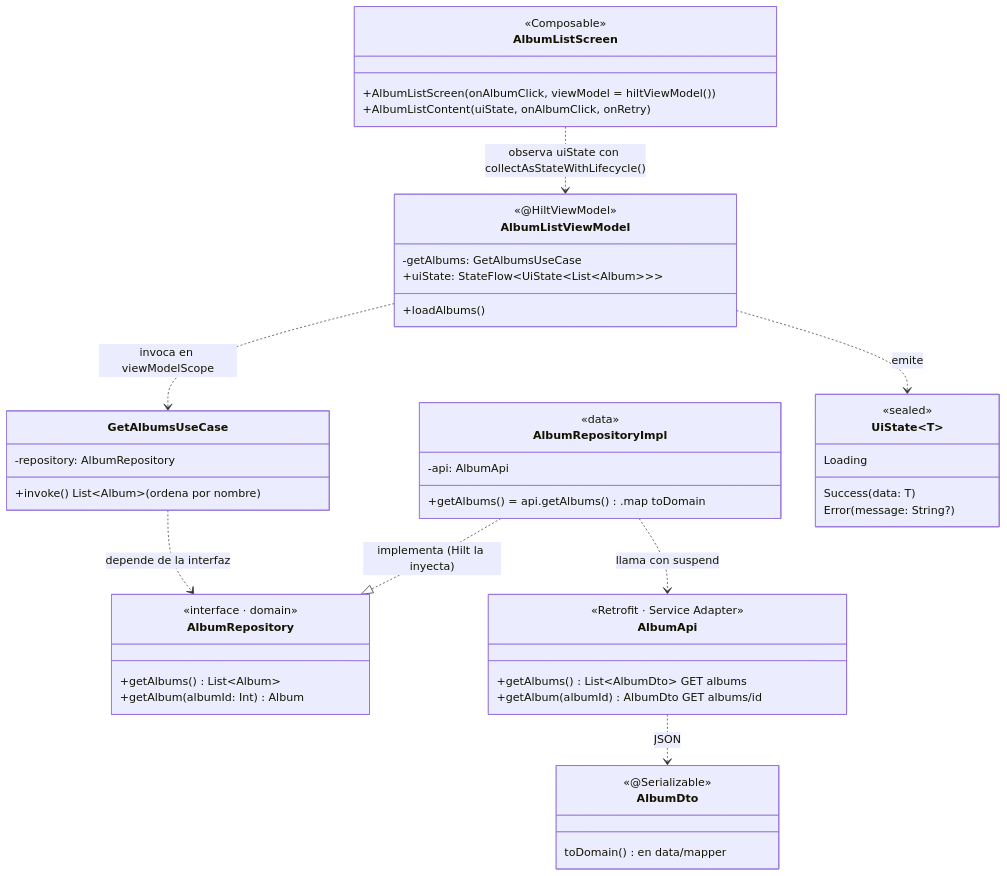
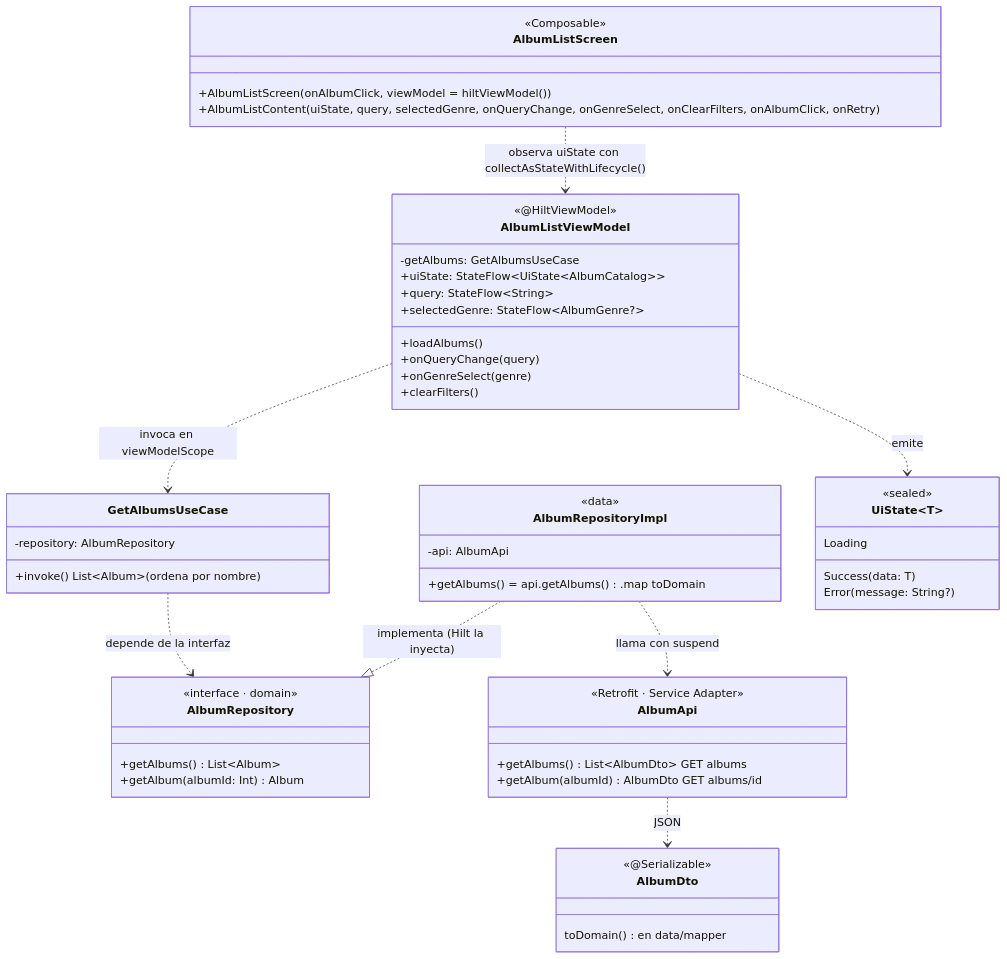
Before and after one commit to jhon0520/Andes-Vynils-App: the fourth of 4 diagrams in docs/App-technical-documentation.md, drawn with Mermaid. The commit also changed other lines of this file and 29 other files, not shown here.

````diff
--- a/docs/App-technical-documentation.md
+++ b/docs/App-technical-documentation.md
@@ -189,52 +199,57 @@
 ```mermaid
 classDiagram
     direction TB
     class AlbumListScreen {
         <<Composable>>
         +AlbumListScreen(onAlbumClick, viewModel = hiltViewModel())
-        +AlbumListContent(uiState, onAlbumClick, onRetry)
+        +AlbumListContent(uiState, query, selectedGenre, onQueryChange, onGenreSelect, onClearFilters, onAlbumClick, onRetry)
     }
     class AlbumListViewModel {
         <<@HiltViewModel>>
         -getAlbums: GetAlbumsUseCase
-        +uiState: StateFlow~UiState~List~Album~~~
+        +uiState: StateFlow~UiState~AlbumCatalog~~
+        +query: StateFlow~String~
+        +selectedGenre: StateFlow~AlbumGenre?~
         +loadAlbums()
+        +onQueryChange(query)
+        +onGenreSelect(genre)
+        +clearFilters()
     }
     class GetAlbumsUseCase {
         -repository: AlbumRepository
         +invoke() List~Album~ (ordena por nombre)
     }
     class AlbumRepository {
         <<interface · domain>>
         +getAlbums() List~Album~
         +getAlbum(albumId: Int) Album
     }
     class AlbumRepositoryImpl {
         <<data>>
         -api: AlbumApi
         +getAlbums() = api.getAlbums().map toDomain
     }
     class AlbumApi {
         <<Retrofit · Service Adapter>>
         +getAlbums() List~AlbumDto~  GET albums
         +getAlbum(albumId) AlbumDto  GET albums/id
     }
     class UiState~T~ {
         <<sealed>>
         Loading
         Success(data: T)
         Error(message: String?)
     }
     class AlbumDto {
         <<@Serializable>>
         toDomain() en data/mapper
     }
 
     AlbumListScreen ..> AlbumListViewModel : observa uiState con collectAsStateWithLifecycle()
     AlbumListViewModel ..> GetAlbumsUseCase : invoca en viewModelScope
     AlbumListViewModel ..> UiState : emite
     GetAlbumsUseCase ..> AlbumRepository : depende de la interfaz
     AlbumRepositoryImpl ..|> AlbumRepository : implementa (Hilt la inyecta)
     AlbumRepositoryImpl ..> AlbumApi : llama con suspend
     AlbumApi ..> AlbumDto : JSON
 ```
````
